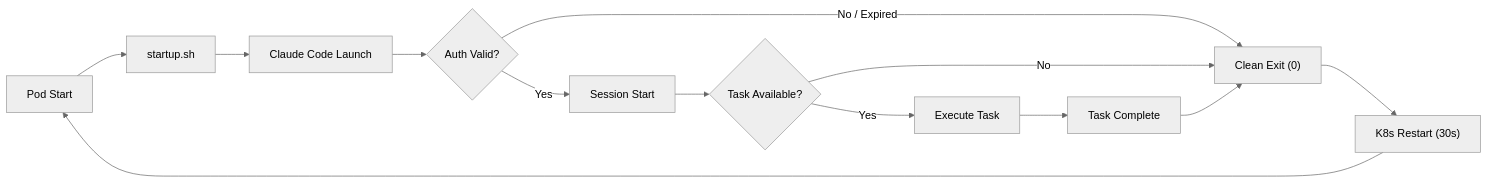
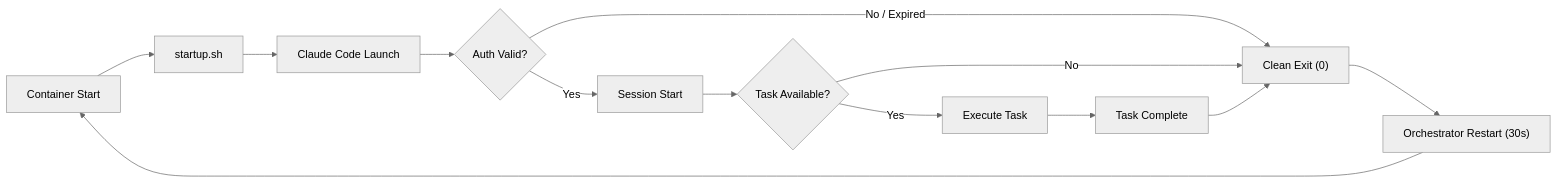
Before and after one commit to CyberdaemonAI/cyberdaemon-site: the second of 3 diagrams in src/content/build-logs/b0b-first-fleet.mdx, drawn with Mermaid (neutral theme). The commit also changed other lines of this file and 3 other files, not shown here.

````diff
--- a/src/content/build-logs/b0b-first-fleet.mdx
+++ b/src/content/build-logs/b0b-first-fleet.mdx
@@ -139,15 +138,15 @@
 ```mermaid
 graph LR
-    A["Pod Start"] --> B["startup.sh"]
+    A["Container Start"] --> B["startup.sh"]
     B --> C["Claude Code Launch"]
     C --> D{"Auth Valid?"}
     D -->|"No / Expired"| E["Clean Exit (0)"]
     D -->|"Yes"| F["Session Start"]
     F --> G{"Task Available?"}
     G -->|"No"| E
     G -->|"Yes"| H["Execute Task"]
     H --> I["Task Complete"]
     I --> E
-    E --> J["K8s Restart (30s)"]
+    E --> J["Orchestrator Restart (30s)"]
     J --> A
 ```
````
